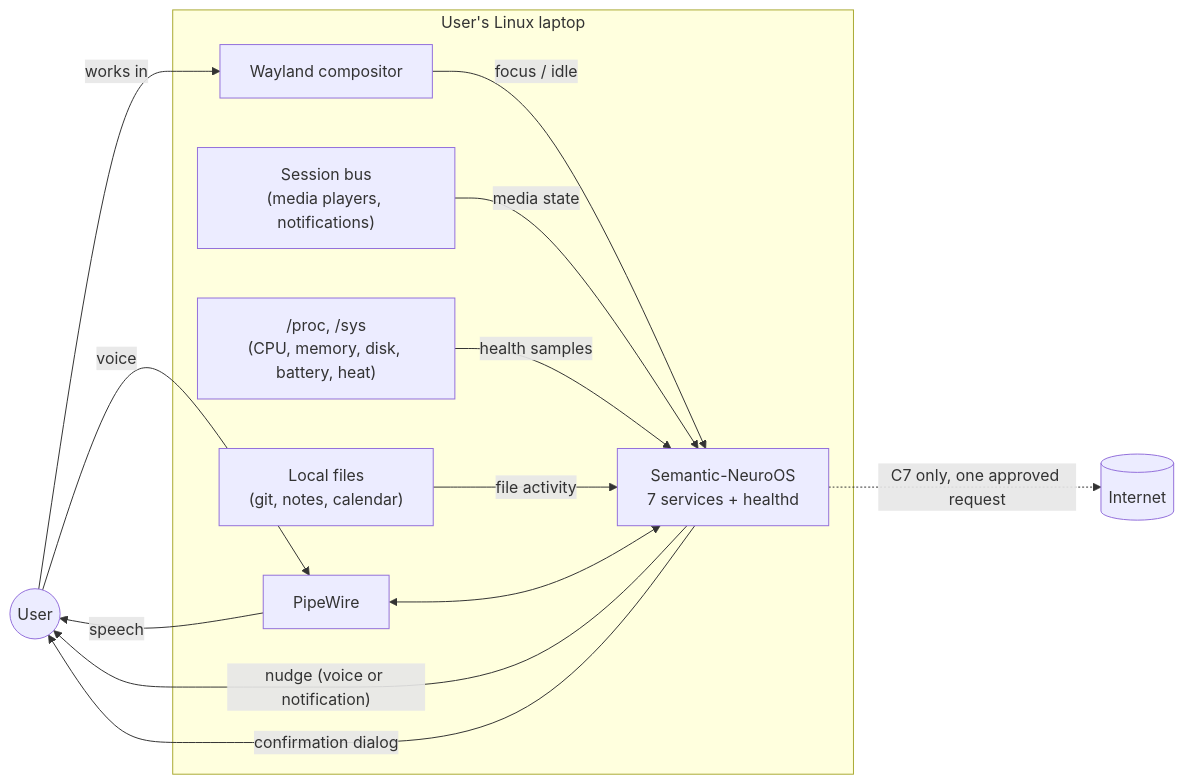
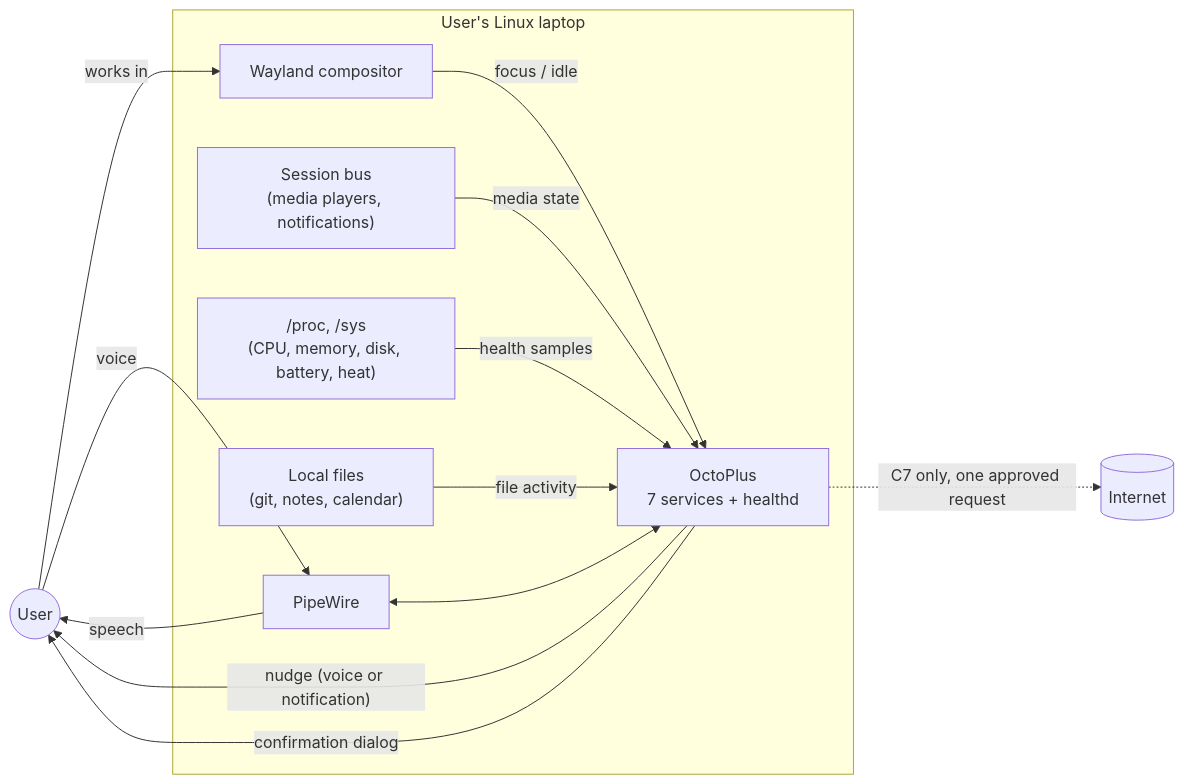
One commit to bhanot-99/OctoPlus changed the first of 6 diagrams in Architecture.md. Above: the diagram before and after it, drawn with Mermaid. The commit also changed other lines of this file and 1022 other files, not shown here.

First line of the commit message:
Phase 11.5 S03: apply the rename to OctoPlus (499 files rewritten, 519 paths moved, lock files refreshed without dependency changes, three monitor dump fixtures regenerated, one benchmark test string restored)

````diff
--- a/Architecture.md
+++ b/Architecture.md
@@ -30,25 +30,25 @@
 ```mermaid
 flowchart LR
     User((User))
     subgraph Device["User's Linux laptop"]
         Compositor["Wayland compositor"]
         PipeWire["PipeWire"]
         DBus["Session bus<br/>(media players, notifications)"]
         Sys["/proc, /sys<br/>(CPU, memory, disk, battery, heat)"]
         FS["Local files<br/>(git, notes, calendar)"]
-        NeuroOS["Semantic-NeuroOS<br/>7 services + healthd"]
+        OctoPlus["OctoPlus<br/>7 services + healthd"]
     end
     Web[(Internet)]
 
     User -- voice --> PipeWire
     PipeWire -- speech --> User
     User -- works in --> Compositor
-    Compositor -- focus / idle --> NeuroOS
-    DBus -- media state --> NeuroOS
-    Sys -- health samples --> NeuroOS
-    FS -- file activity --> NeuroOS
-    PipeWire <--> NeuroOS
-    NeuroOS -- "nudge (voice or notification)" --> User
-    NeuroOS -- confirmation dialog --> User
-    NeuroOS -. "C7 only, one approved request" .-> Web
+    Compositor -- focus / idle --> OctoPlus
+    DBus -- media state --> OctoPlus
+    Sys -- health samples --> OctoPlus
+    FS -- file activity --> OctoPlus
+    PipeWire <--> OctoPlus
+    OctoPlus -- "nudge (voice or notification)" --> User
+    OctoPlus -- confirmation dialog --> User
+    OctoPlus -. "C7 only, one approved request" .-> Web
 ```
````
